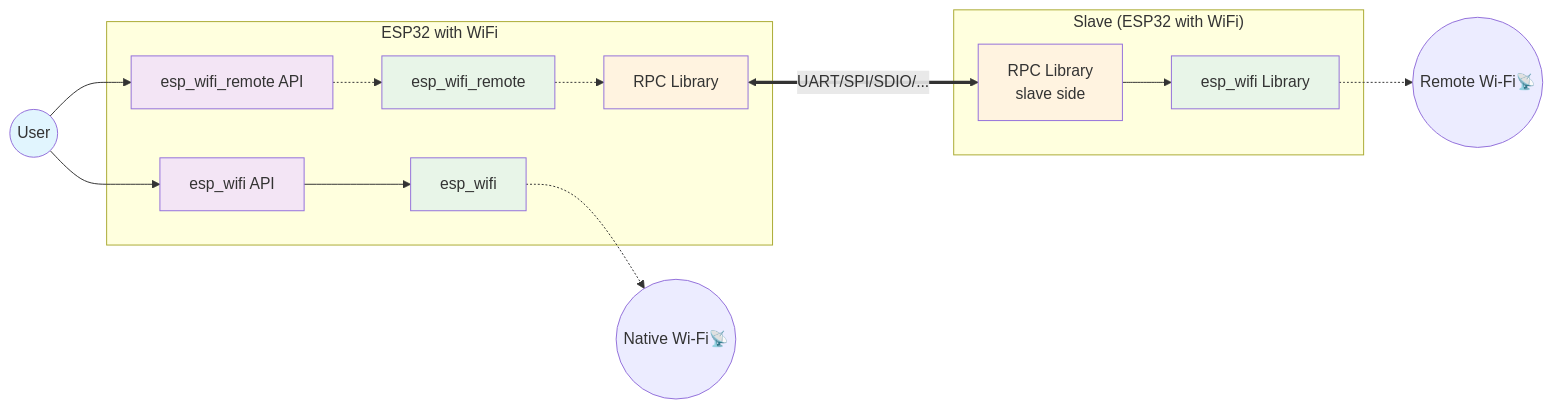
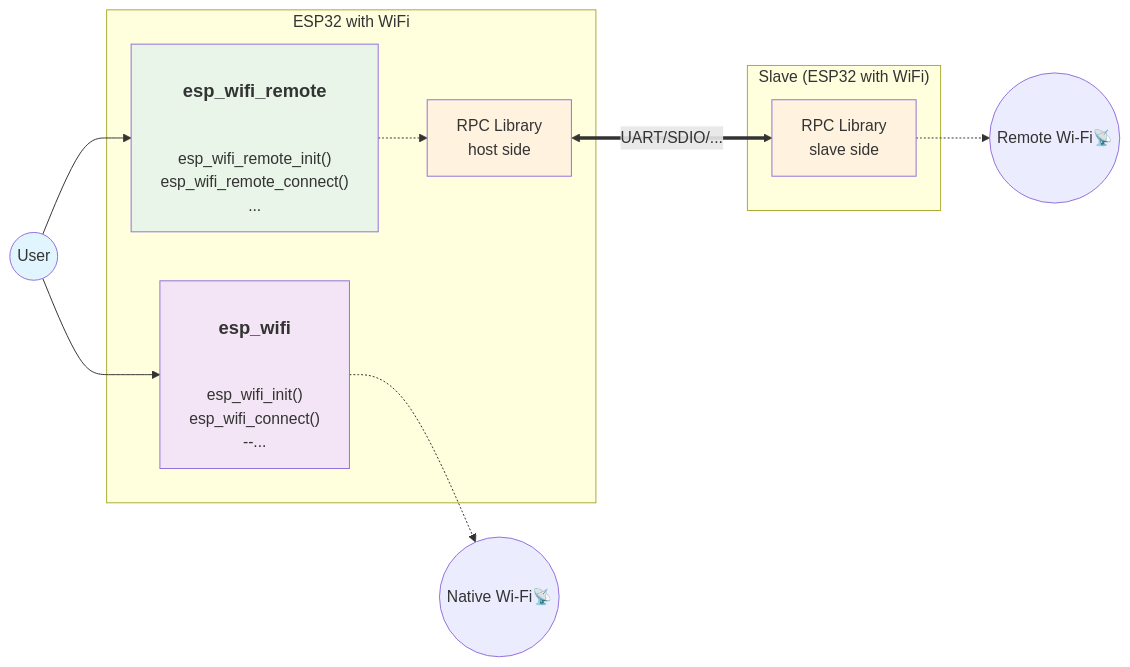
The third of 4 diagrams in content/blog/2025/08/esp-wifi-remote/index.md (espressif/developer-portal), drawn with Mermaid before and after one commit. The commit also changed other lines of this file, not shown here.

````diff
--- a/content/blog/2025/08/esp-wifi-remote/index.md
+++ b/content/blog/2025/08/esp-wifi-remote/index.md
@@ -86,32 +85,27 @@
 ```mermaid
 graph LR
-    U((User)) --> API[esp_wifi API]
-    U((User)) --> API2[esp_wifi_remote API]
+    U((User)) -->  REMOTE["<h3>esp_wifi_remote</h3><br/>esp_wifi_remote_init()<br/>esp_wifi_remote_connect()<br/>..."]
+    U((User)) --> WIFI["<h3>esp_wifi</h3><br/>esp_wifi_init()<br/>esp_wifi_connect()<br/>--..."]
 
     subgraph "ESP32 with WiFi"
-        API --> NATIVE_WIFI[esp_wifi]
-        API2 -.-> REMOTE[esp_wifi_remote]
-        REMOTE -.-> RPC[RPC Library]
+        WIFI
+        REMOTE -.-> RPC[RPC Library</br>host side]
     end
 
 
     subgraph "Slave (ESP32 with WiFi)"
-        RPC <==UART/SPI/SDIO/...==> SLAVE_RPC[RPC Library<br/>slave side]
-        SLAVE_RPC --> SLAVE_WIFI[esp_wifi Library]
+        RPC <==UART/SDIO/...==> SLAVE_RPC[RPC Library<br/>slave side]
     end
 
     NATIVE_ANT((Native Wi-Fi📡))
     REMOTE_ANT((Remote Wi-Fi📡))
 
-    NATIVE_WIFI -.-> NATIVE_ANT
-    SLAVE_WIFI -.-> REMOTE_ANT
+    WIFI -.-> NATIVE_ANT
+    SLAVE_RPC -.-> REMOTE_ANT
 
     style U fill:#e1f5fe
-    style API fill:#f3e5f5
-    style API2 fill:#f3e5f5
-    style NATIVE_WIFI fill:#e8f5e8
+    style WIFI fill:#f3e5f5
     style REMOTE fill:#e8f5e8
     style RPC fill:#fff3e0
     style SLAVE_RPC fill:#fff3e0
-    style SLAVE_WIFI fill:#e8f5e8
 ```
````
